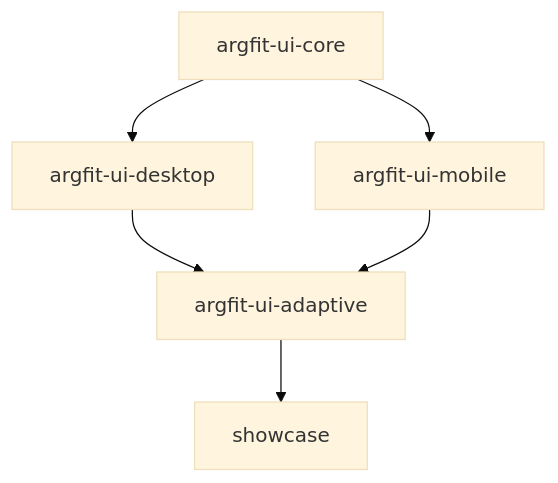
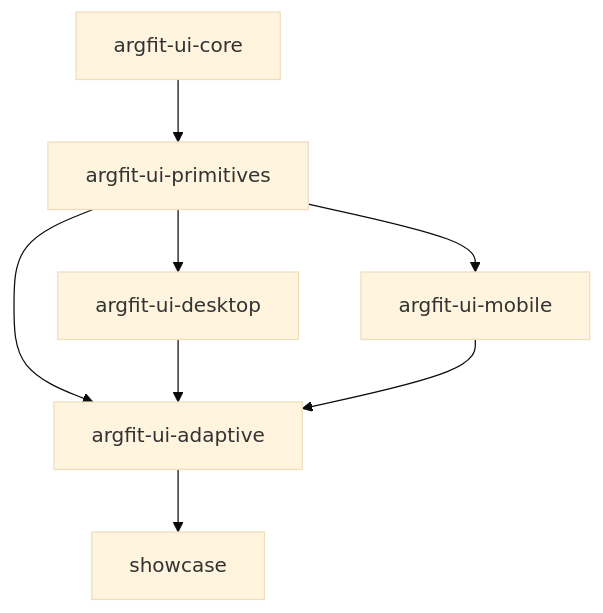
Before and after one commit to joshuacba08/argfit-ui: the first of 2 diagrams in docs/architecture.md, drawn with Mermaid (base theme). The commit also changed other lines of this file and 73 other files, not shown here.

````diff
--- a/docs/architecture.md
+++ b/docs/architecture.md
@@ -36,20 +36,24 @@
 ```mermaid
 graph TD
 
 CORE[argfit-ui-core]
+PRIMITIVES[argfit-ui-primitives]
 
 DESKTOP[argfit-ui-desktop]
 MOBILE[argfit-ui-mobile]
 
 ADAPTIVE[argfit-ui-adaptive]
 
 SHOWCASE[showcase]
 
-CORE --> DESKTOP
-CORE --> MOBILE
+CORE --> PRIMITIVES
+
+PRIMITIVES --> DESKTOP
+PRIMITIVES --> MOBILE
+PRIMITIVES --> ADAPTIVE
 
 DESKTOP --> ADAPTIVE
 MOBILE --> ADAPTIVE
 
 ADAPTIVE --> SHOWCASE
 ```
````
